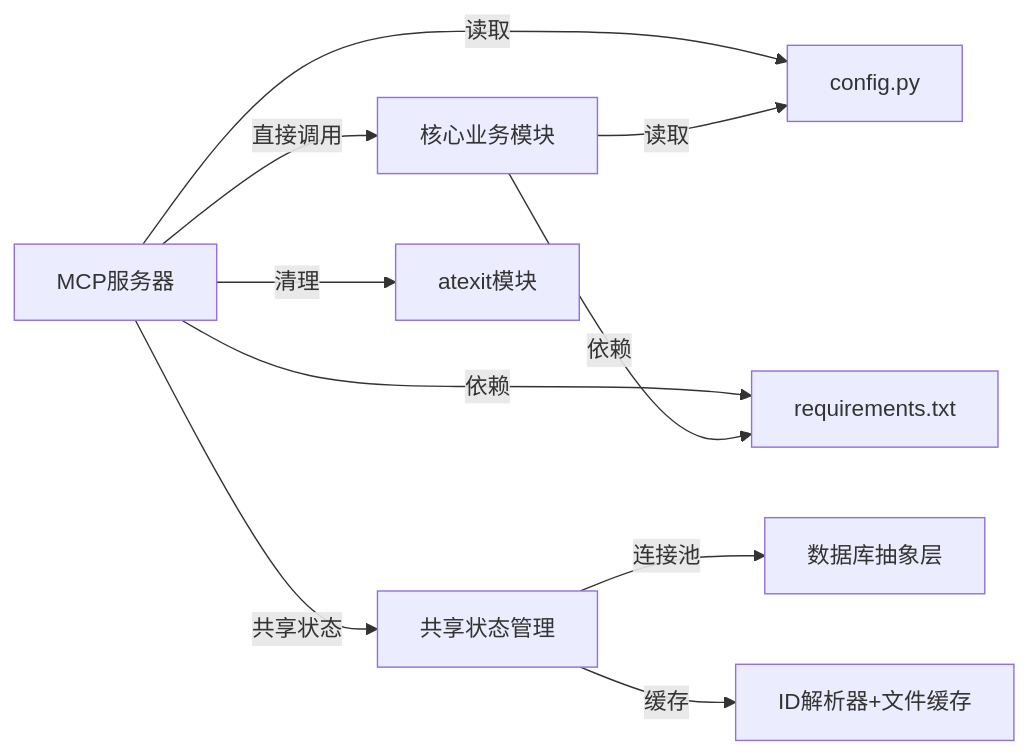
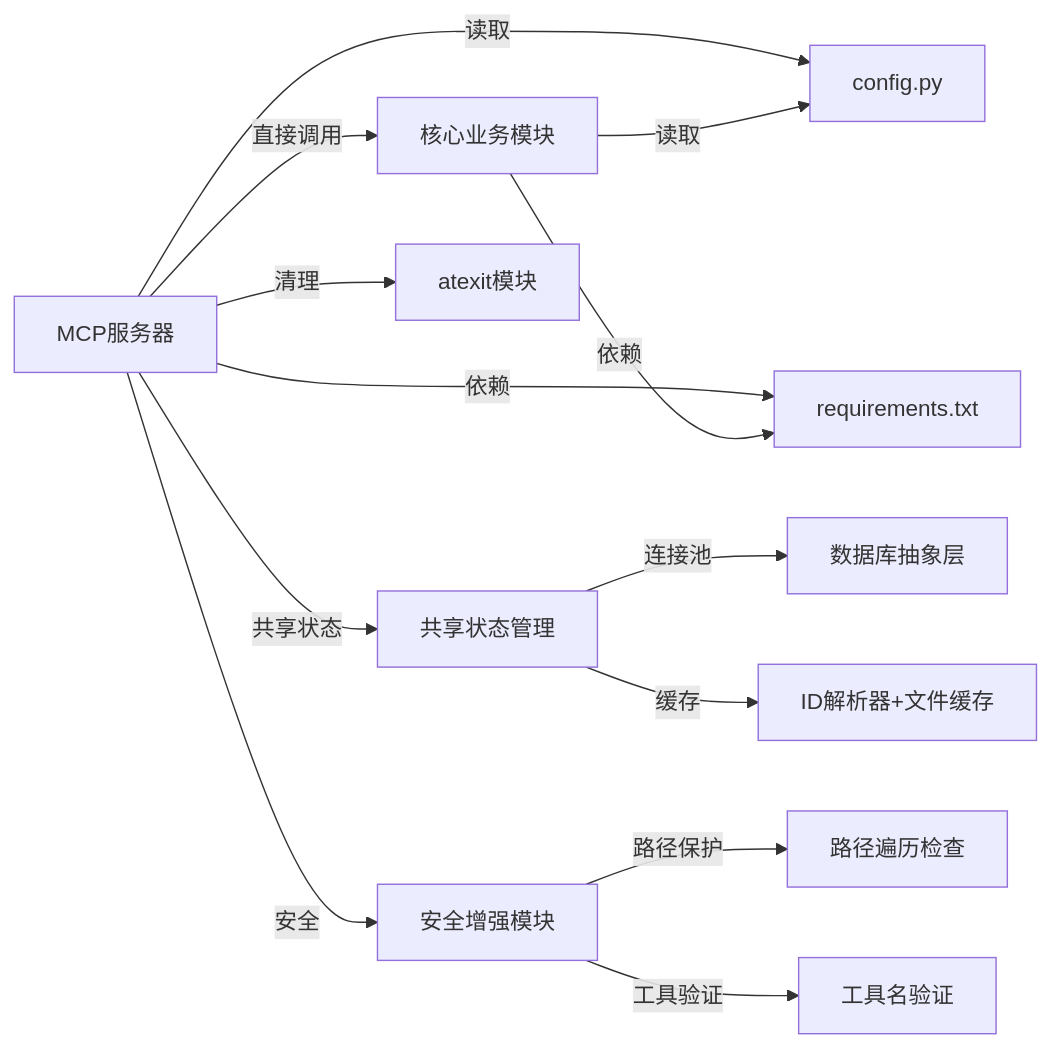
Before and after one commit to 1173591564/academic-based-qoder: the eighth of 8 diagrams in .qoder/repowiki/zh/content/MCP服务系统/MCP服务器架构.md, drawn with Mermaid. The commit also changed other lines of this file and 110 other files, not shown here.

````diff
--- a/.qoder/repowiki/zh/content/MCP服务系统/MCP服务器架构.md
+++ b/.qoder/repowiki/zh/content/MCP服务系统/MCP服务器架构.md
@@ -542,12 +468,15 @@
 ```mermaid
 graph LR
 MCP["MCP服务器"] --> |直接调用| Core["核心业务模块"]
 MCP --> |共享状态| State["共享状态管理"]
 State --> |连接池| DB["数据库抽象层"]
 State --> |缓存| Cache["ID解析器+文件缓存"]
 MCP --> |读取| Config["config.py"]
 Core --> |读取| Config
 MCP --> |依赖| Req["requirements.txt"]
 Core --> |依赖| Req
 MCP --> |清理| Atexit["atexit模块"]
+MCP --> |安全| Security["安全增强模块"]
+Security --> |路径保护| PathCheck["路径遍历检查"]
+Security --> |工具验证| ToolVerify["工具名验证"]
 ```
````
